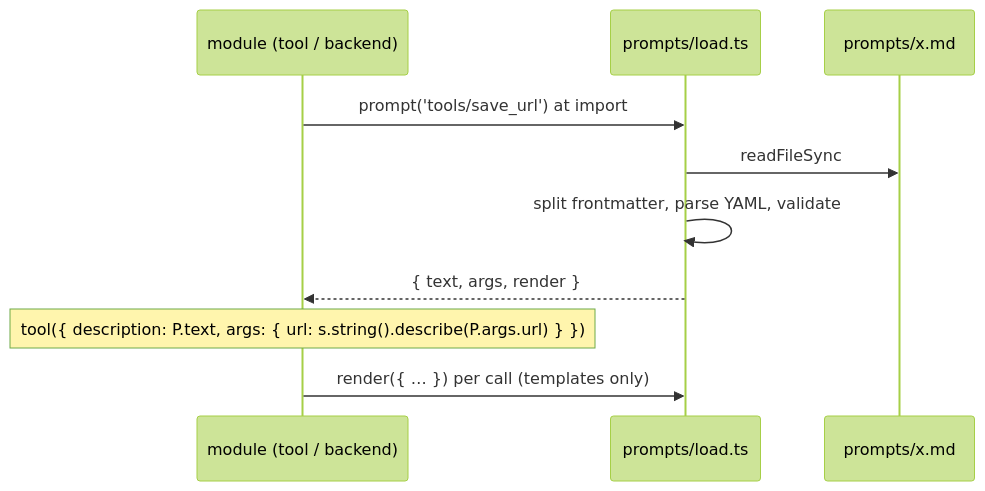
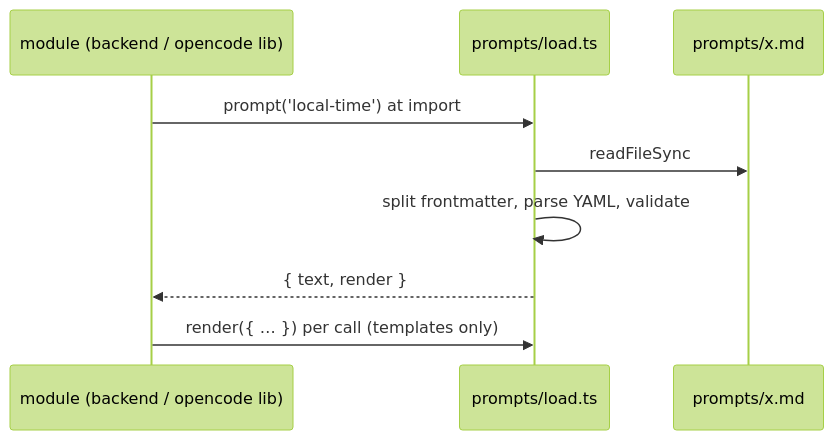
The first of 2 diagrams in specs/changes/prompts-as-md-files/architecture.md (tillg/karpathy.app), drawn with Mermaid (forest theme) before and after one commit. The commit also changed other lines of this file and 27 other files, not shown here.

````diff
--- a/specs/changes/prompts-as-md-files/architecture.md
+++ b/specs/changes/prompts-as-md-files/architecture.md
@@ -101,12 +87,11 @@
 ```mermaid
 sequenceDiagram
-  participant M as module (tool / backend)
+  participant M as module (backend / opencode lib)
   participant L as prompts/load.ts
   participant F as prompts/x.md
-  M->>L: prompt('tools/save_url') at import
+  M->>L: prompt('local-time') at import
   L->>F: readFileSync
   L->>L: split frontmatter, parse YAML, validate
-  L-->>M: { text, args, render }
-  Note over M: tool({ description: P.text, args: { url: s.string().describe(P.args.url) } })
+  L-->>M: { text, render }
   M->>L: render({ … }) per call (templates only)
 ```
````
